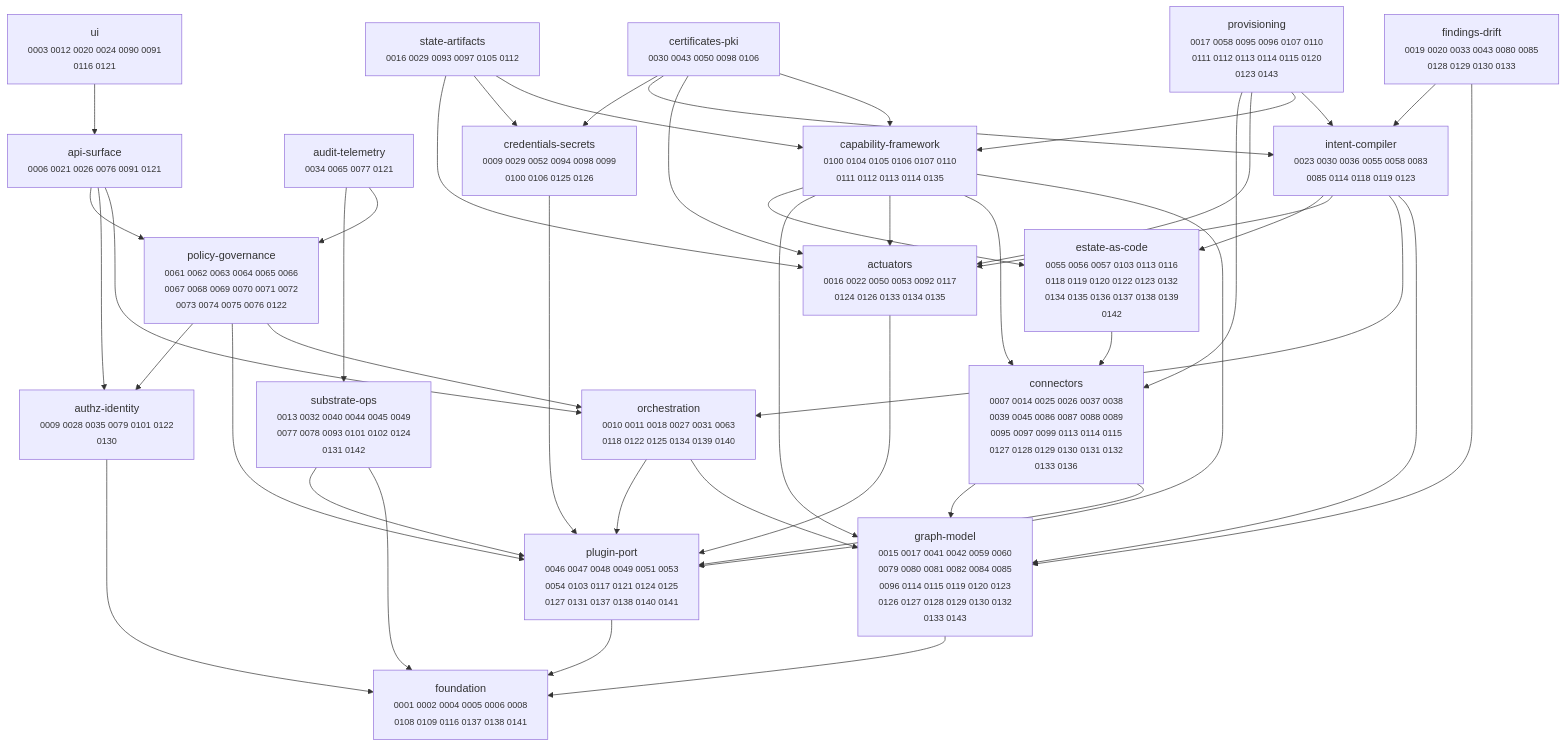
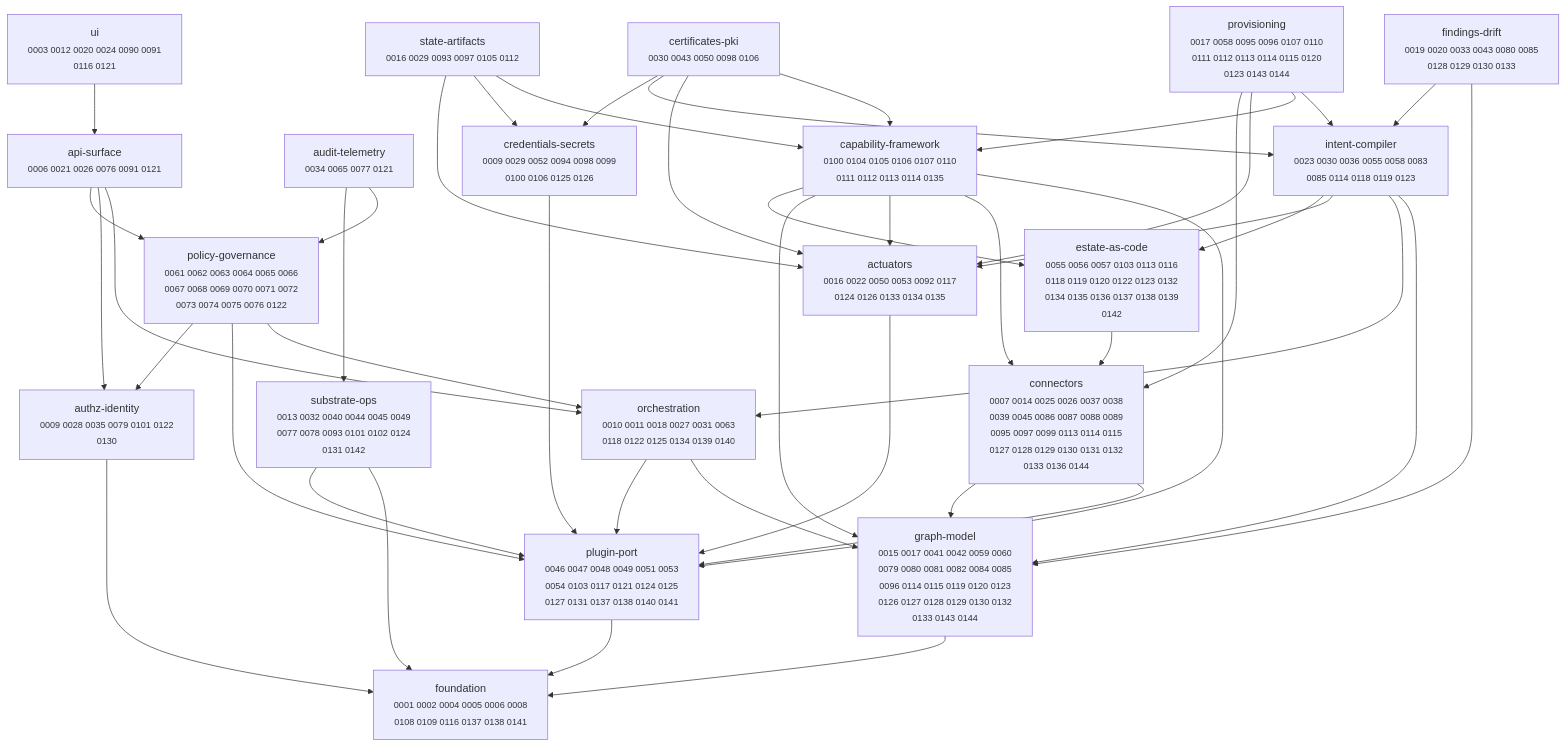
The diagram in docs/adr/MAP.md (dstout-devops/stratt), drawn with Mermaid before and after one commit. The commit also changed other lines of this file and 37 other files, not shown here.

````diff
--- a/docs/adr/MAP.md
+++ b/docs/adr/MAP.md
@@ -11,67 +11,67 @@
 ```mermaid
 graph TD
   actuators["actuators<br/><small>0016 0022 0050 0053 0092 0117<br/>0124 0126 0133 0134 0135</small>"]
   api_surface["api-surface<br/><small>0006 0021 0026 0076 0091 0121</small>"]
   audit_telemetry["audit-telemetry<br/><small>0034 0065 0077 0121</small>"]
   authz_identity["authz-identity<br/><small>0009 0028 0035 0079 0101 0122<br/>0130</small>"]
   capability_framework["capability-framework<br/><small>0100 0104 0105 0106 0107 0110<br/>0111 0112 0113 0114 0135</small>"]
   certificates_pki["certificates-pki<br/><small>0030 0043 0050 0098 0106</small>"]
-  connectors["connectors<br/><small>0007 0014 0025 0026 0037 0038<br/>0039 0045 0086 0087 0088 0089<br/>0095 0097 0099 0113 0114 0115<br/>0127 0128 0129 0130 0131 0132<br/>0133 0136</small>"]
+  connectors["connectors<br/><small>0007 0014 0025 0026 0037 0038<br/>0039 0045 0086 0087 0088 0089<br/>0095 0097 0099 0113 0114 0115<br/>0127 0128 0129 0130 0131 0132<br/>0133 0136 0144</small>"]
   credentials_secrets["credentials-secrets<br/><small>0009 0029 0052 0094 0098 0099<br/>0100 0106 0125 0126</small>"]
   estate_as_code["estate-as-code<br/><small>0055 0056 0057 0103 0113 0116<br/>0118 0119 0120 0122 0123 0132<br/>0134 0135 0136 0137 0138 0139<br/>0142</small>"]
   findings_drift["findings-drift<br/><small>0019 0020 0033 0043 0080 0085<br/>0128 0129 0130 0133</small>"]
   foundation["foundation<br/><small>0001 0002 0004 0005 0006 0008<br/>0108 0109 0116 0137 0138 0141</small>"]
-  graph_model["graph-model<br/><small>0015 0017 0041 0042 0059 0060<br/>0079 0080 0081 0082 0084 0085<br/>0096 0114 0115 0119 0120 0123<br/>0126 0127 0128 0129 0130 0132<br/>0133 0143</small>"]
+  graph_model["graph-model<br/><small>0015 0017 0041 0042 0059 0060<br/>0079 0080 0081 0082 0084 0085<br/>0096 0114 0115 0119 0120 0123<br/>0126 0127 0128 0129 0130 0132<br/>0133 0143 0144</small>"]
   intent_compiler["intent-compiler<br/><small>0023 0030 0036 0055 0058 0083<br/>0085 0114 0118 0119 0123</small>"]
   orchestration["orchestration<br/><small>0010 0011 0018 0027 0031 0063<br/>0118 0122 0125 0134 0139 0140</small>"]
   plugin_port["plugin-port<br/><small>0046 0047 0048 0049 0051 0053<br/>0054 0103 0117 0121 0124 0125<br/>0127 0131 0137 0138 0140 0141</small>"]
   policy_governance["policy-governance<br/><small>0061 0062 0063 0064 0065 0066<br/>0067 0068 0069 0070 0071 0072<br/>0073 0074 0075 0076 0122</small>"]
-  provisioning["provisioning<br/><small>0017 0058 0095 0096 0107 0110<br/>0111 0112 0113 0114 0115 0120<br/>0123 0143</small>"]
+  provisioning["provisioning<br/><small>0017 0058 0095 0096 0107 0110<br/>0111 0112 0113 0114 0115 0120<br/>0123 0143 0144</small>"]
   state_artifacts["state-artifacts<br/><small>0016 0029 0093 0097 0105 0112</small>"]
   substrate_ops["substrate-ops<br/><small>0013 0032 0040 0044 0045 0049<br/>0077 0078 0093 0101 0102 0124<br/>0131 0142</small>"]
   ui["ui<br/><small>0003 0012 0020 0024 0090 0091<br/>0116 0121</small>"]
 
   actuators --> plugin_port
   api_surface --> orchestration
   api_surface --> authz_identity
   api_surface --> policy_governance
   audit_telemetry --> policy_governance
   audit_telemetry --> substrate_ops
   authz_identity --> foundation
   capability_framework --> plugin_port
   capability_framework --> connectors
   capability_framework --> actuators
   capability_framework --> graph_model
   capability_framework --> estate_as_code
   certificates_pki --> capability_framework
   certificates_pki --> actuators
   certificates_pki --> intent_compiler
   certificates_pki --> credentials_secrets
   connectors --> plugin_port
   connectors --> graph_model
   credentials_secrets --> plugin_port
   estate_as_code --> connectors
   findings_drift --> graph_model
   findings_drift --> intent_compiler
   graph_model --> foundation
   intent_compiler --> graph_model
   intent_compiler --> orchestration
   intent_compiler --> actuators
   intent_compiler --> estate_as_code
   orchestration --> graph_model
   orchestration --> plugin_port
   plugin_port --> foundation
   policy_governance --> orchestration
   policy_governance --> plugin_port
   policy_governance --> authz_identity
   provisioning --> intent_compiler
   provisioning --> capability_framework
   provisioning --> actuators
   provisioning --> connectors
   state_artifacts --> capability_framework
   state_artifacts --> credentials_secrets
   state_artifacts --> actuators
   substrate_ops --> foundation
   substrate_ops --> plugin_port
   ui --> api_surface
 ```
````
